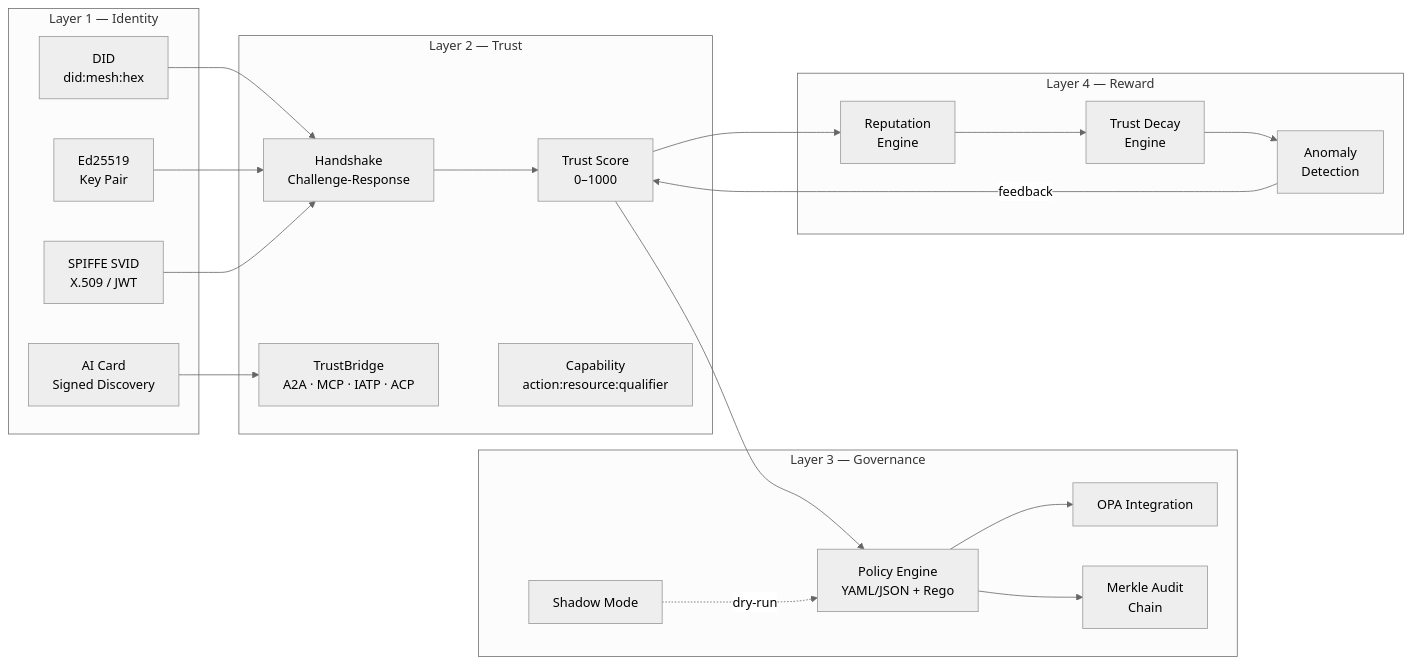
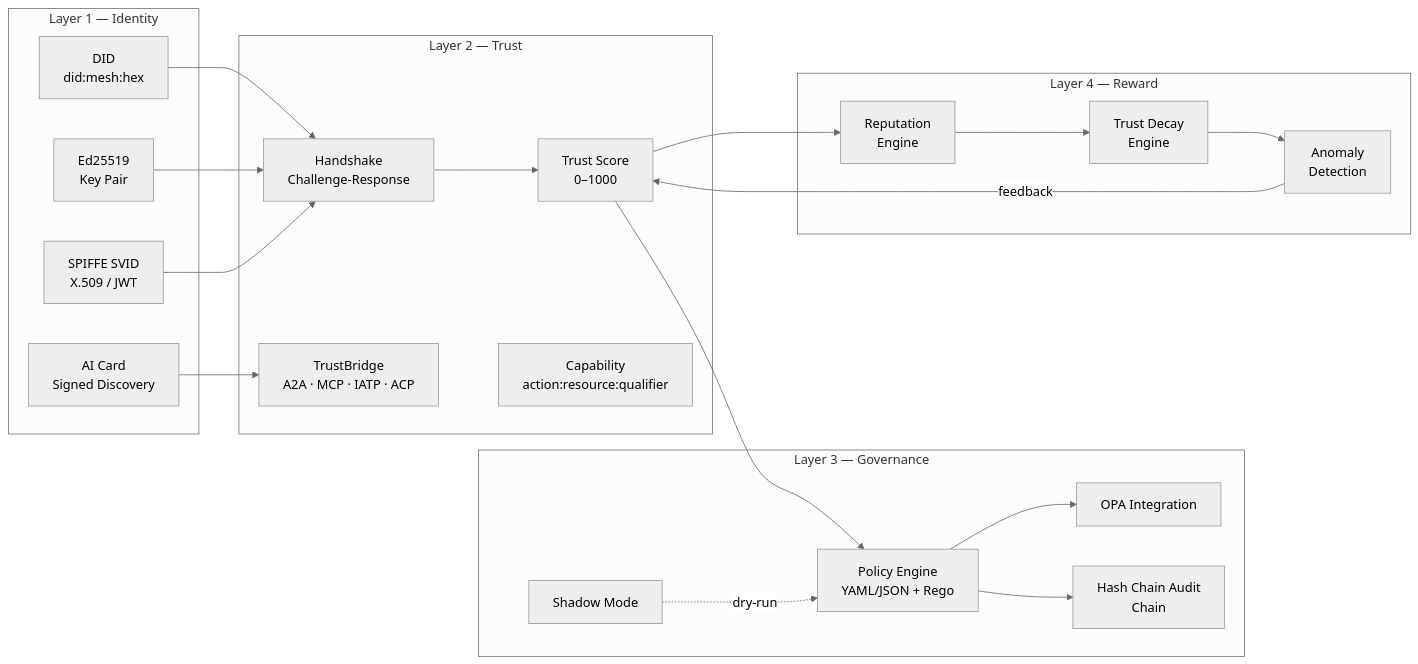
The second of 12 diagrams in ARCHITECTURE.md (imran-siddique/agent-mesh), drawn with Mermaid (neutral theme) before and after one commit. The commit also changed other lines of this file and 57 other files, not shown here.

````diff
--- a/ARCHITECTURE.md
+++ b/ARCHITECTURE.md
@@ -53,43 +53,43 @@
 ```mermaid
 graph LR
     subgraph "Layer 1 — Identity"
         DID["DID<br/>did:mesh:hex"]
         Ed["Ed25519<br/>Key Pair"]
         SPIFFE["SPIFFE SVID<br/>X.509 / JWT"]
         AICard["AI Card<br/>Signed Discovery"]
     end
 
     subgraph "Layer 2 — Trust"
         TS["Trust Score<br/>0–1000"]
         HS["Handshake<br/>Challenge-Response"]
         TB["TrustBridge<br/>A2A · MCP · IATP · ACP"]
         Cap["Capability<br/>action:resource:qualifier"]
     end
 
     subgraph "Layer 3 — Governance"
         Pol["Policy Engine<br/>YAML/JSON + Rego"]
         OPA["OPA Integration"]
-        Audit["Merkle Audit<br/>Chain"]
+        Audit["Hash Chain Audit<br/>Chain"]
         Shadow["Shadow Mode"]
     end
 
     subgraph "Layer 4 — Reward"
         Rep["Reputation<br/>Engine"]
         Decay["Trust Decay<br/>Engine"]
         Anomaly["Anomaly<br/>Detection"]
     end
 
     DID --> HS
     Ed --> HS
     SPIFFE --> HS
     AICard --> TB
     HS --> TS
     TS --> Pol
     Pol --> OPA
     Pol --> Audit
     Shadow -.->|dry-run| Pol
     TS --> Rep
     Rep --> Decay
     Decay --> Anomaly
     Anomaly -->|feedback| TS
 ```
````
